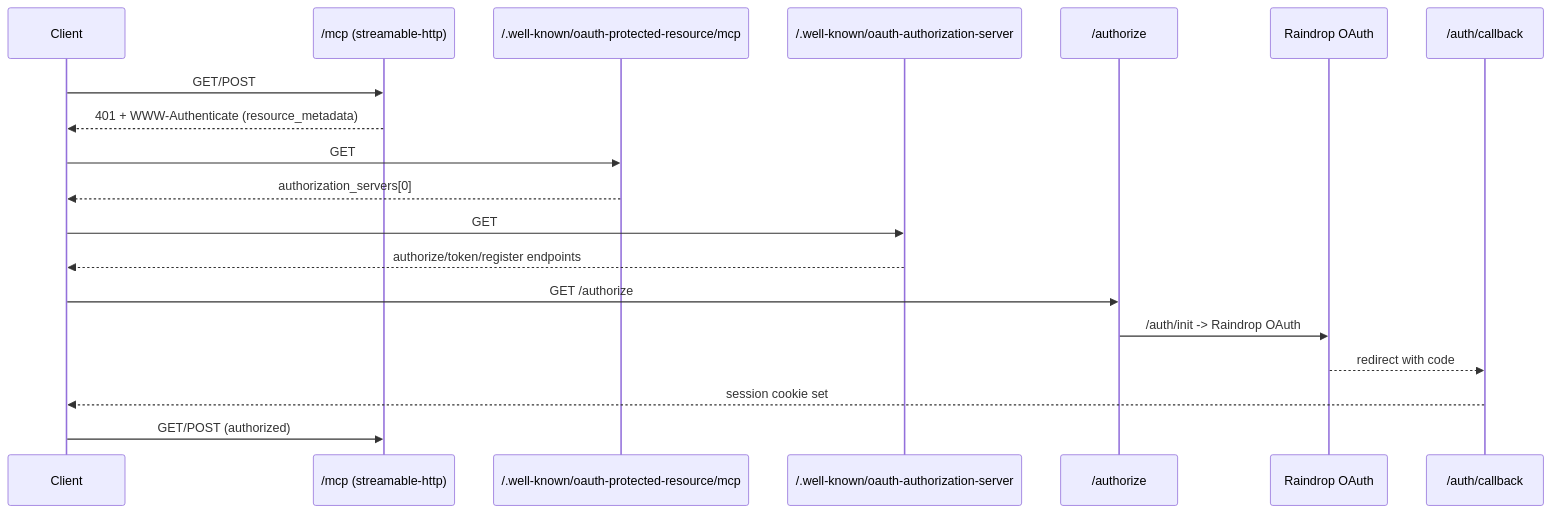
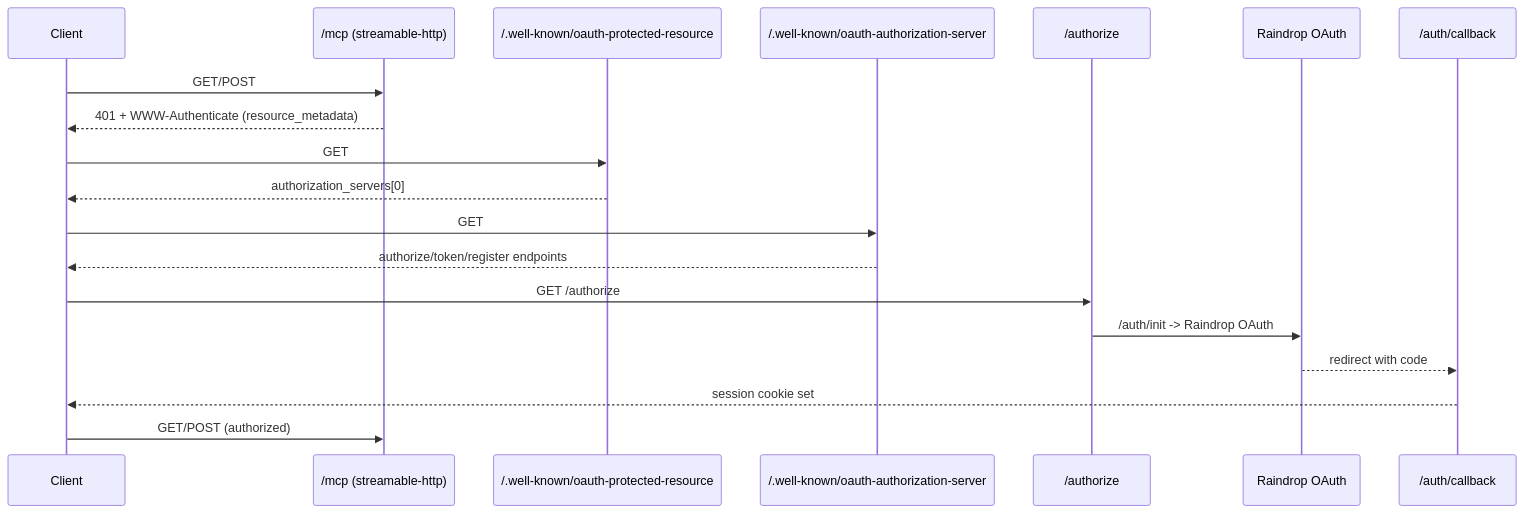
Before and after one commit to Aarekaz/raindrop-mcp: the fourth of 4 diagrams in README.md, drawn with Mermaid. The commit also changed other lines of this file and 7 other files, not shown here.

Commit message:
Serve well-known metadata as static files

````diff
--- a/README.md
+++ b/README.md
@@ -434,22 +434,22 @@
 ```mermaid
 sequenceDiagram
   participant Client
   participant MCP as /mcp (streamable-http)
-  participant PRM as /.well-known/oauth-protected-resource/mcp
+  participant PRM as /.well-known/oauth-protected-resource
   participant ASMeta as /.well-known/oauth-authorization-server
   participant Auth as /authorize
   participant OAuth as Raindrop OAuth
   participant Callback as /auth/callback
 
   Client->>MCP: GET/POST
   MCP-->>Client: 401 + WWW-Authenticate (resource_metadata)
   Client->>PRM: GET
   PRM-->>Client: authorization_servers[0]
   Client->>ASMeta: GET
   ASMeta-->>Client: authorize/token/register endpoints
   Client->>Auth: GET /authorize
   Auth->>OAuth: /auth/init -> Raindrop OAuth
   OAuth-->>Callback: redirect with code
   Callback-->>Client: session cookie set
   Client->>MCP: GET/POST (authorized)
 ```
````
